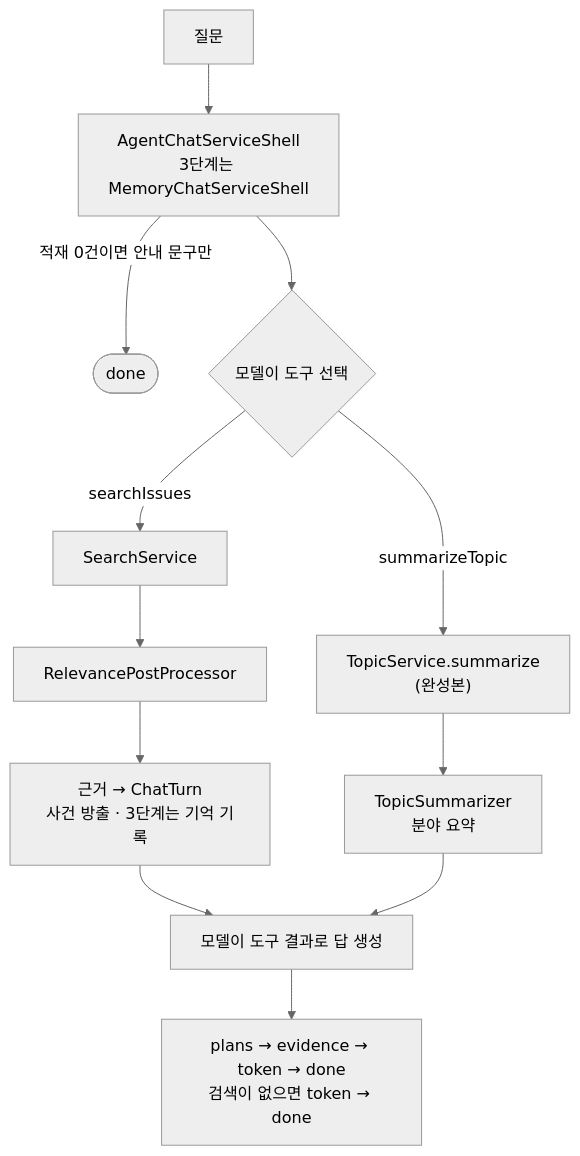
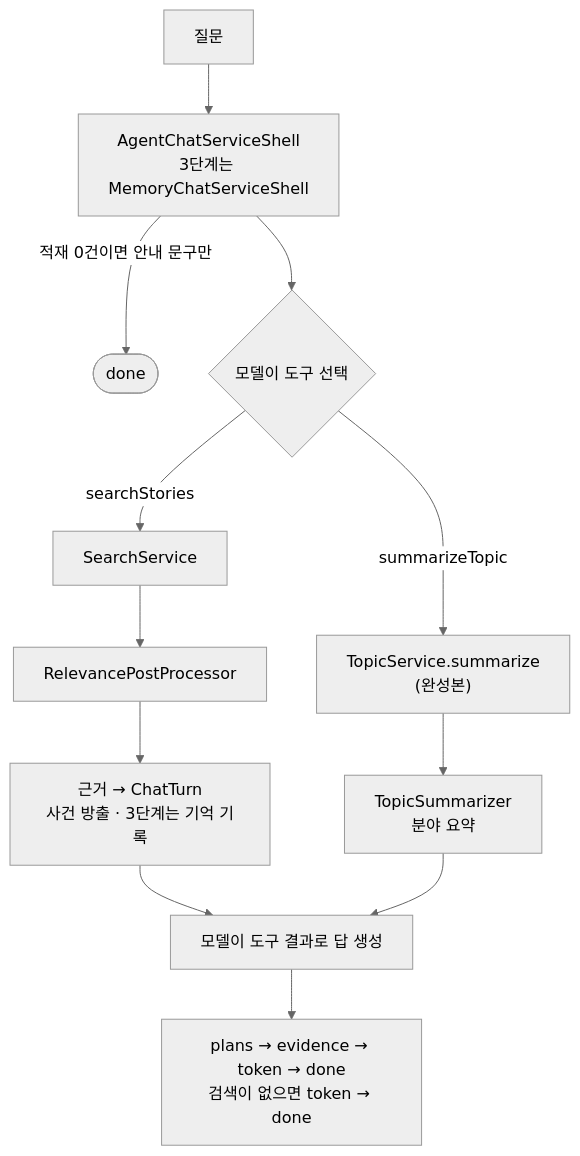
One commit to vonkernel/spring-ai-course-hands-on changed the sixth of 8 diagrams in docs/02-전체-구조.md. Above: the diagram before and after it, drawn with Mermaid (neutral theme). The commit also changed other lines of this file and 24 other files, not shown here.

Commit message:
IssueTools 를 스토리 도구 StoryTools 와 주제(기술 분야) 도구 TopicTools 로 나누고, searchIssues 를 searchStories 로, countStories 를 분야 기준으로 바꾼다

````diff
--- a/docs/02-전체-구조.md
+++ b/docs/02-전체-구조.md
@@ -221,14 +222,14 @@
 ```mermaid
 flowchart TD
     Q["질문"] --> CS["AgentChatServiceShell<br/>3단계는 MemoryChatServiceShell"]
     CS -->|"적재 0건이면 안내 문구만"| END(["done"])
     CS --> SEL{"모델이 도구 선택"}
-    SEL -->|searchIssues| SS["SearchService"]
+    SEL -->|searchStories| SS["SearchService"]
     SS --> RP["RelevancePostProcessor"]
     RP --> EV["근거 → ChatTurn<br/>사건 방출 · 3단계는 기억 기록"]
     EV --> ANS["모델이 도구 결과로 답 생성"]
     SEL -->|summarizeTopic| TS["TopicService.summarize<br/>(완성본)"]
     TS --> SUM["TopicSummarizer<br/>분야 요약"]
     SUM --> ANS
     ANS --> SSE["plans → evidence → token → done<br/>검색이 없으면 token → done"]
 ```
````
